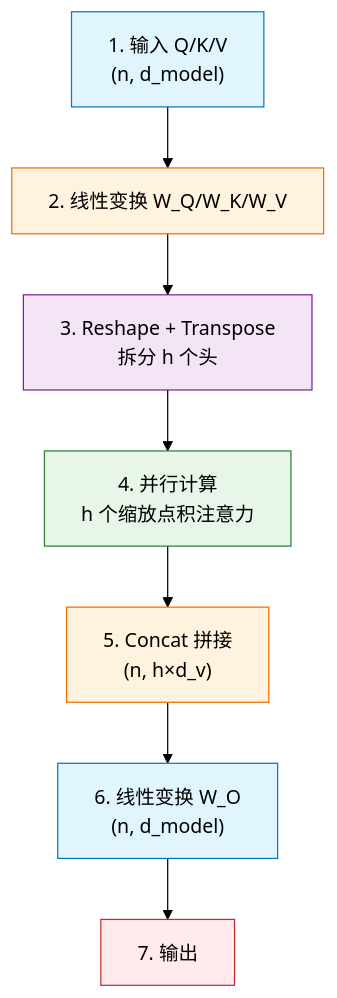
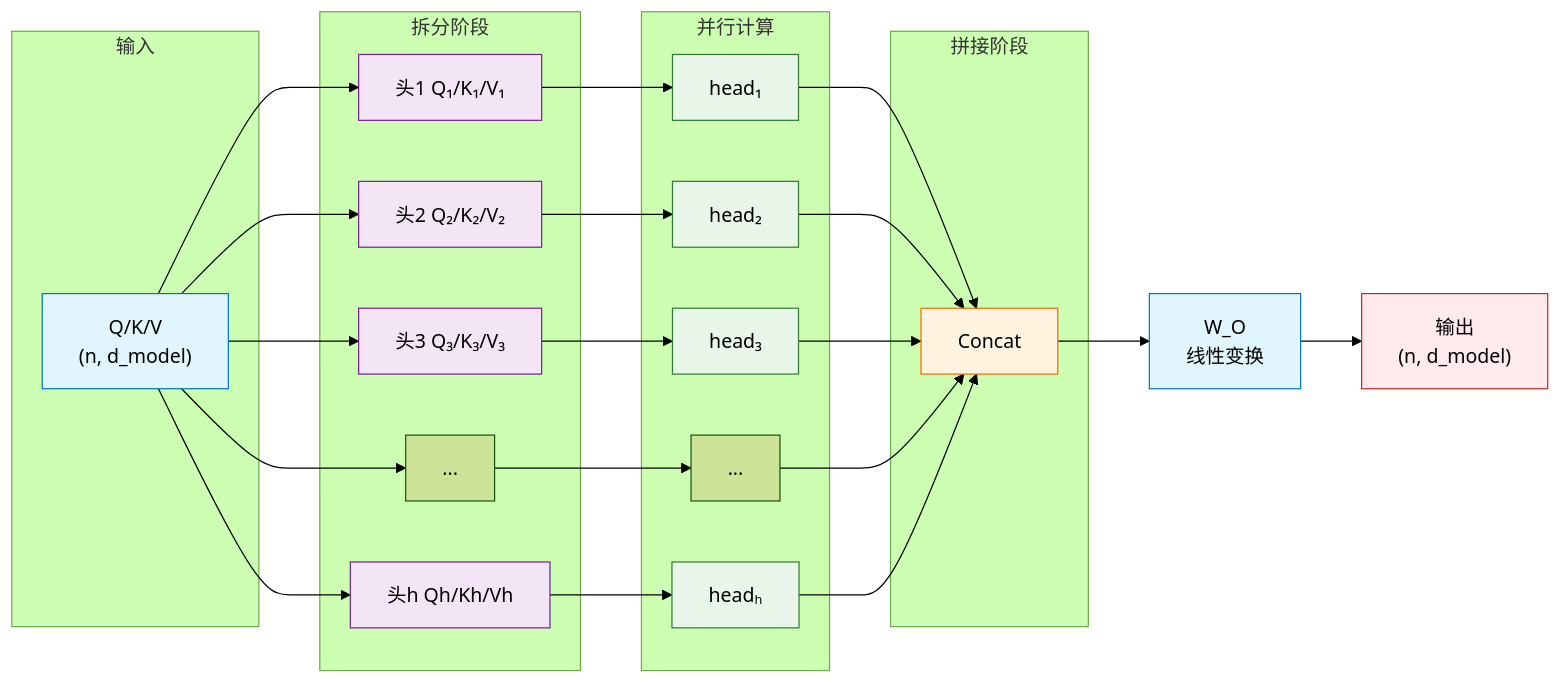
The fourth of 4 diagrams in 一起学Transformer/03-注意力机制基础.md (Zheng-Enci/Knoweledges), drawn with Mermaid (forest theme) before and after one commit.

Commit message:
优化多头注意力流程图：一分为多、多合为一

````diff
--- a/一起学Transformer/03-注意力机制基础.md
+++ b/一起学Transformer/03-注意力机制基础.md
@@ -742,17 +742,46 @@
 ```mermaid
-flowchart TB
-    A["1. 输入 Q/K/V<br/>(n, d_model)"] --> B["2. 线性变换 W_Q/W_K/W_V"]
-    B --> C["3. Reshape + Transpose<br/>拆分 h 个头"]
-    C --> D["4. 并行计算<br/>h 个缩放点积注意力"]
-    D --> E["5. Concat 拼接<br/>(n, h×d_v)"]
-    E --> F["6. 线性变换 W_O<br/>(n, d_model)"]
-    F --> G["7. 输出"]
+flowchart LR
+    subgraph 输入
+        A["Q/K/V<br/>(n, d_model)"]
+    end
+    
+    subgraph 拆分阶段
+        A --> B1["头1 Q₁/K₁/V₁"]
+        A --> B2["头2 Q₂/K₂/V₂"]
+        A --> B3["头3 Q₃/K₃/V₃"]
+        A --> B4["..."]
+        A --> Bh["头h Qh/Kh/Vh"]
+    end
+    
+    subgraph 并行计算
+        B1 --> C1["head₁"]
+        B2 --> C2["head₂"]
+        B3 --> C3["head₃"]
+        B4 --> C4["..."]
+        Bh --> Ch["headₕ"]
+    end
+    
+    subgraph 拼接阶段
+        C1 --> D["Concat"]
+        C2 --> D
+        C3 --> D
+        C4 --> D
+        Ch --> D
+    end
+    
+    D --> E["W_O<br/>线性变换"]
+    E --> F["输出<br/>(n, d_model)"]
     
     style A fill:#e1f5fe,stroke:#0277bd
-    style B fill:#fff3e0,stroke:#ef6c00
-    style C fill:#f3e5f5,stroke:#7b1fa2
-    style D fill:#e8f5e9,stroke:#2e7d32
-    style E fill:#fff3e0,stroke:#ef6c00
-    style F fill:#e1f5fe,stroke:#0277bd
-    style G fill:#ffebee,stroke:#c62828
+    style B1 fill:#f3e5f5,stroke:#7b1fa2
+    style B2 fill:#f3e5f5,stroke:#7b1fa2
+    style B3 fill:#f3e5f5,stroke:#7b1fa2
+    style Bh fill:#f3e5f5,stroke:#7b1fa2
+    style C1 fill:#e8f5e9,stroke:#2e7d32
+    style C2 fill:#e8f5e9,stroke:#2e7d32
+    style C3 fill:#e8f5e9,stroke:#2e7d32
+    style Ch fill:#e8f5e9,stroke:#2e7d32
+    style D fill:#fff3e0,stroke:#ef6c00
+    style E fill:#e1f5fe,stroke:#0277bd
+    style F fill:#ffebee,stroke:#c62828
 ```
````
